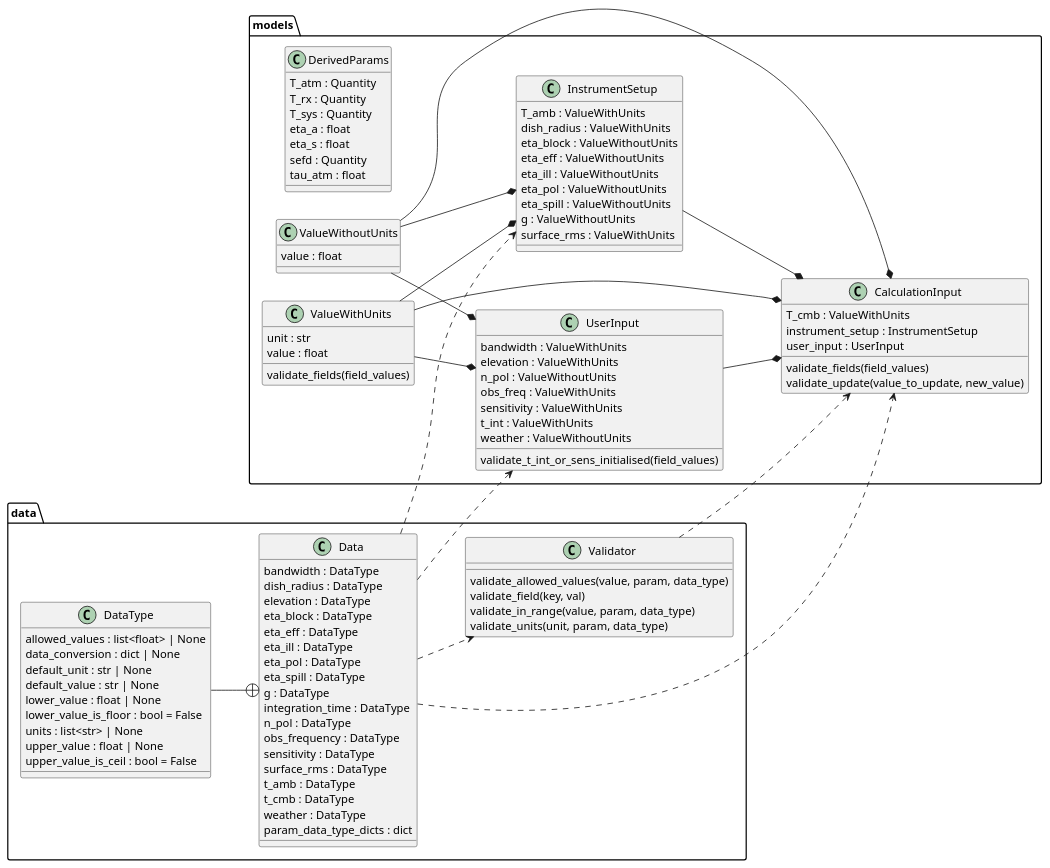
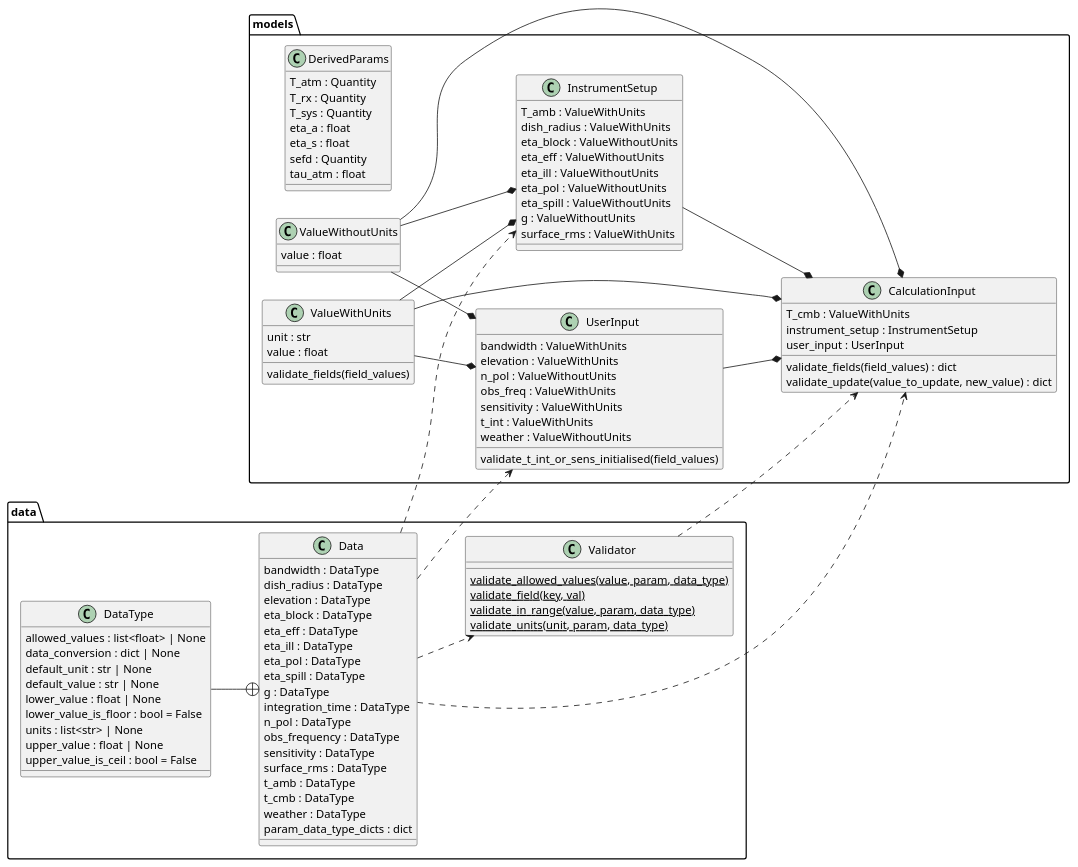
One commit to ukatc/AtLAST_sensitivity_calculator changed the diagram in docs/source/code_docs/data_model_uml.rst. Above: the diagram before and after it, drawn with PlantUML. The commit also changed other lines of this file and 11 other files, not shown here.

Commit message:
UML updates

```diff
--- a/docs/source/code_docs/data_model_uml.rst
+++ b/docs/source/code_docs/data_model_uml.rst
@@ -11,8 +11,8 @@
       T_cmb : ValueWithUnits
       instrument_setup : InstrumentSetup
       user_input : UserInput
-      validate_fields(field_values)
-      validate_update(value_to_update, new_value)
+      validate_fields(field_values) : dict
+      validate_update(value_to_update, new_value) : dict
     }
     class "Data" as data.Data {
       bandwidth : DataType
@@ -76,10 +76,10 @@
       validate_t_int_or_sens_initialised(field_values)
     }
     class "Validator" as data.Validator {
-      validate_allowed_values(value, param, data_type)
-      validate_field(key, val)
-      validate_in_range(value, param, data_type)
-      validate_units(unit, param, data_type)
+      {static} validate_allowed_values(value, param, data_type)
+      {static} validate_field(key, val)
+      {static} validate_in_range(value, param, data_type)
+      {static} validate_units(unit, param, data_type)
     }
     class "ValueWithUnits" as models.ValueWithUnits {
       unit : str
```
